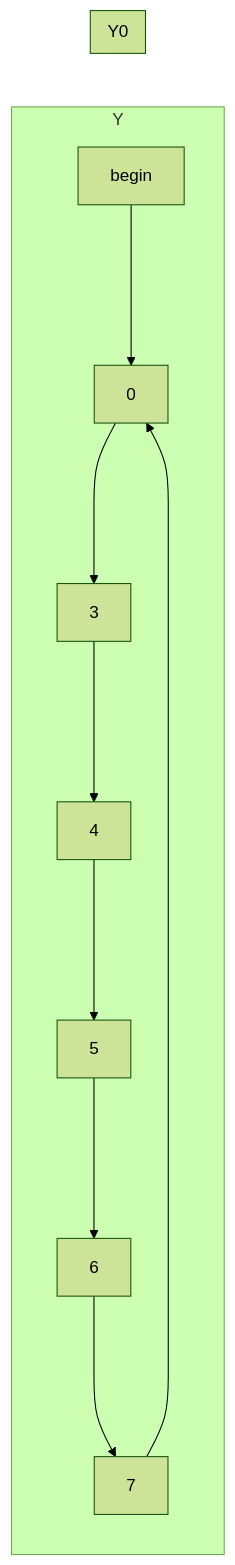
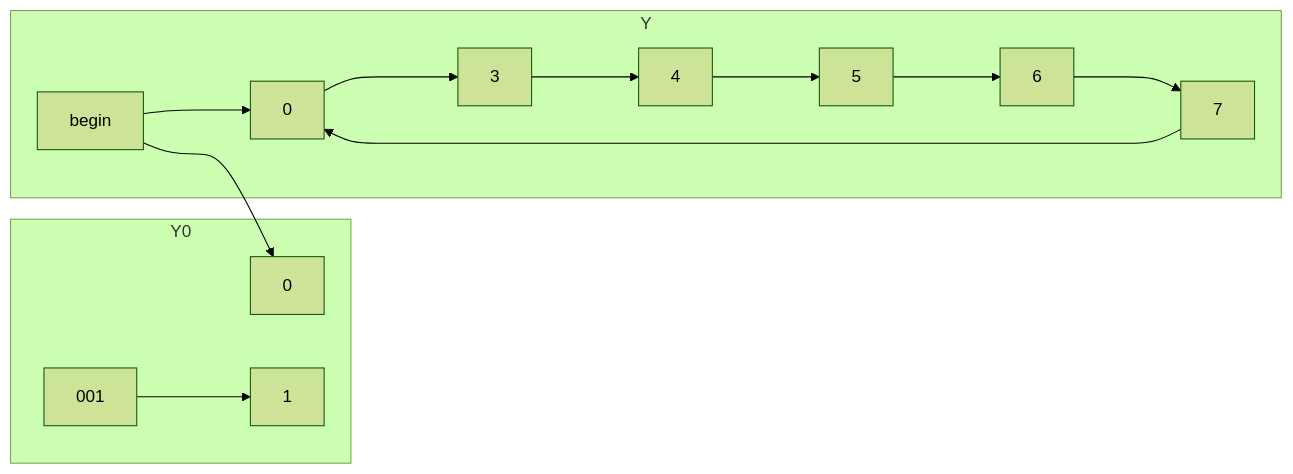
Before and after one commit to tnichols217/notes: the fourth of 5 diagrams in CSDS 281 - Logic Design/HW/8/Tables.md, drawn with Mermaid (forest theme).

Commit message:
vault backup: 2024-04-03 23:34:54

````diff
--- a/CSDS 281 - Logic Design/HW/8/Tables.md
+++ b/CSDS 281 - Logic Design/HW/8/Tables.md
@@ -113,16 +113,17 @@
 ```mermaid
 flowchart LR
 subgraph Y
 	begin ---> 0
 	0 ---> 3
 	3 ---> 4
 	4 ---> 5
 	5 ---> 6
 	6 ---> 7
 	7 ---> 0
 end
 subgraph Y0
-	
+	begin ---> 01[0]
+	001 ---> 011[1]
 end
 
 ```
````
